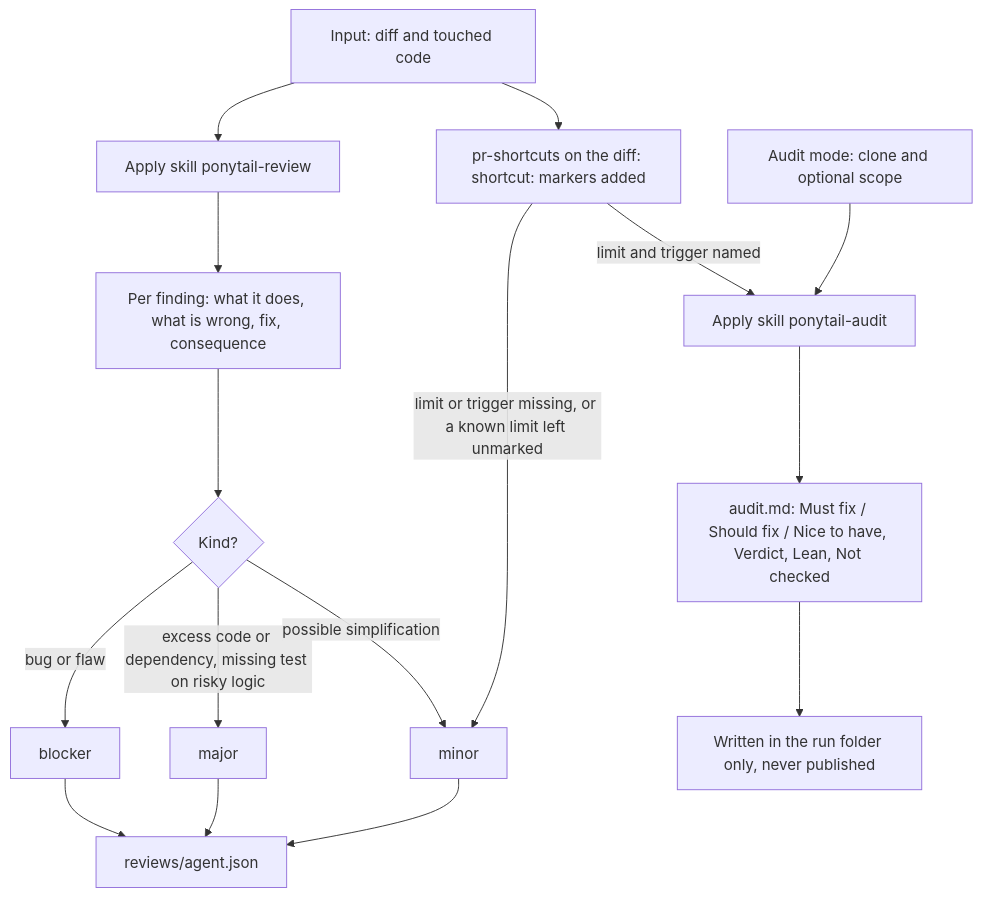
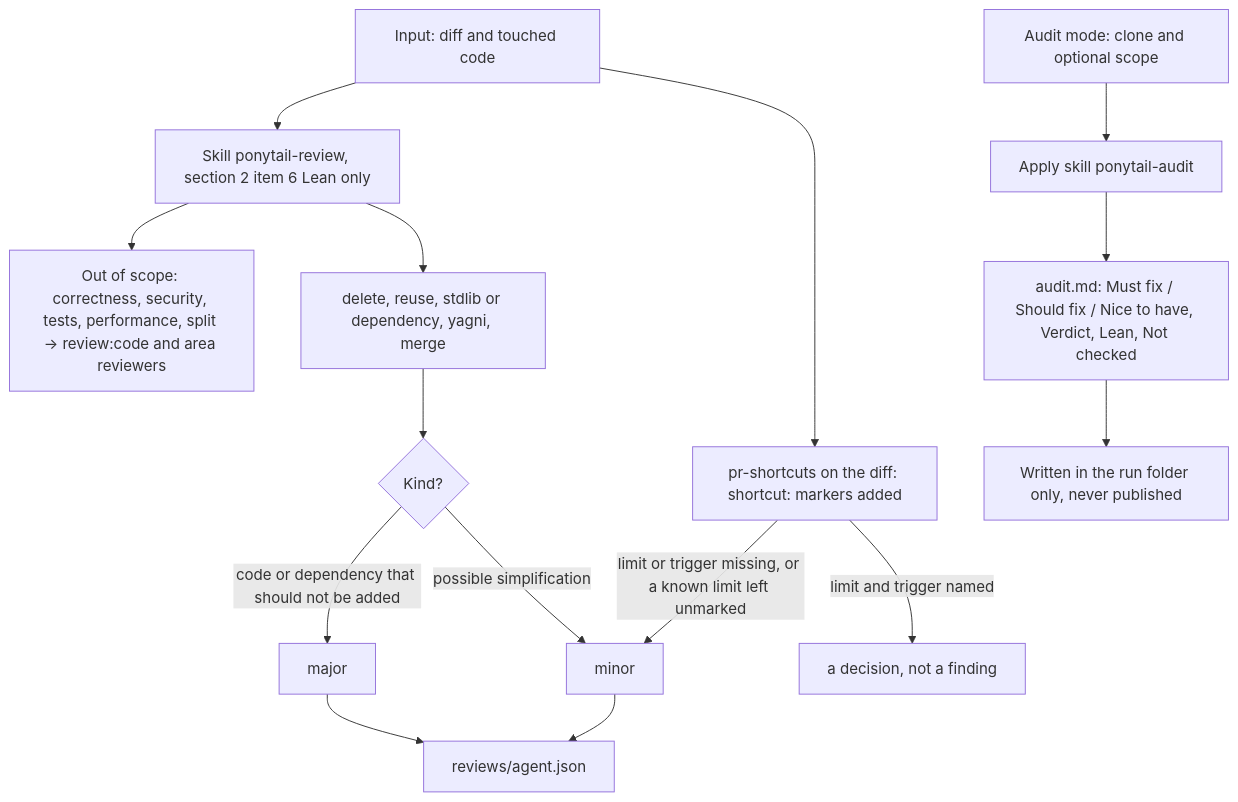
Before and after one commit to nicolasmondain/adorno: the eighth of 10 diagrams in src/agents/review/SCHEMA.md, drawn with Mermaid. The commit also changed other lines of this file and 8 other files, not shown here.

First line of the commit message:
refactor(review): scope review:ponytail to the lean axis (#23)

````diff
--- a/src/agents/review/SCHEMA.md
+++ b/src/agents/review/SCHEMA.md
@@ -128,18 +129,17 @@
 ```mermaid
 flowchart TD
-  A["Input: diff and touched code"] --> B["Apply skill ponytail-review"]
-  B --> C["Per finding: what it does, what is wrong, fix, consequence"]
+  A["Input: diff and touched code"] --> B["Skill ponytail-review, section 2 item 6 Lean only"]
+  B --> O["Out of scope: correctness, security, tests, performance, split → review:code and area reviewers"]
+  B --> C["delete, reuse, stdlib or dependency, yagni, merge"]
   C --> D{"Kind?"}
-  D -->|"bug or flaw"| E["blocker"]
-  D -->|"excess code or dependency, missing test on risky logic"| F["major"]
+  D -->|"code or dependency that should not be added"| F["major"]
   D -->|"possible simplification"| G["minor"]
   A --> S["pr-shortcuts on the diff: shortcut: markers added"]
   S -->|"limit or trigger missing, or a known limit left unmarked"| G
   S -->|"limit and trigger named"| N["a decision, not a finding"]
-  E --> H["reviews/agent.json"]
-  F --> H
+  F --> H["reviews/agent.json"]
   G --> H
-  M["Audit mode: clone and optional scope"] --> N["Apply skill ponytail-audit"]
-  N --> O["audit.md: Must fix / Should fix / Nice to have, Verdict, Lean, Not checked"]
-  O --> P["Written in the run folder only, never published"]
+  M["Audit mode: clone and optional scope"] --> AU["Apply skill ponytail-audit"]
+  AU --> AO["audit.md: Must fix / Should fix / Nice to have, Verdict, Lean, Not checked"]
+  AO --> AP["Written in the run folder only, never published"]
 ```
````
